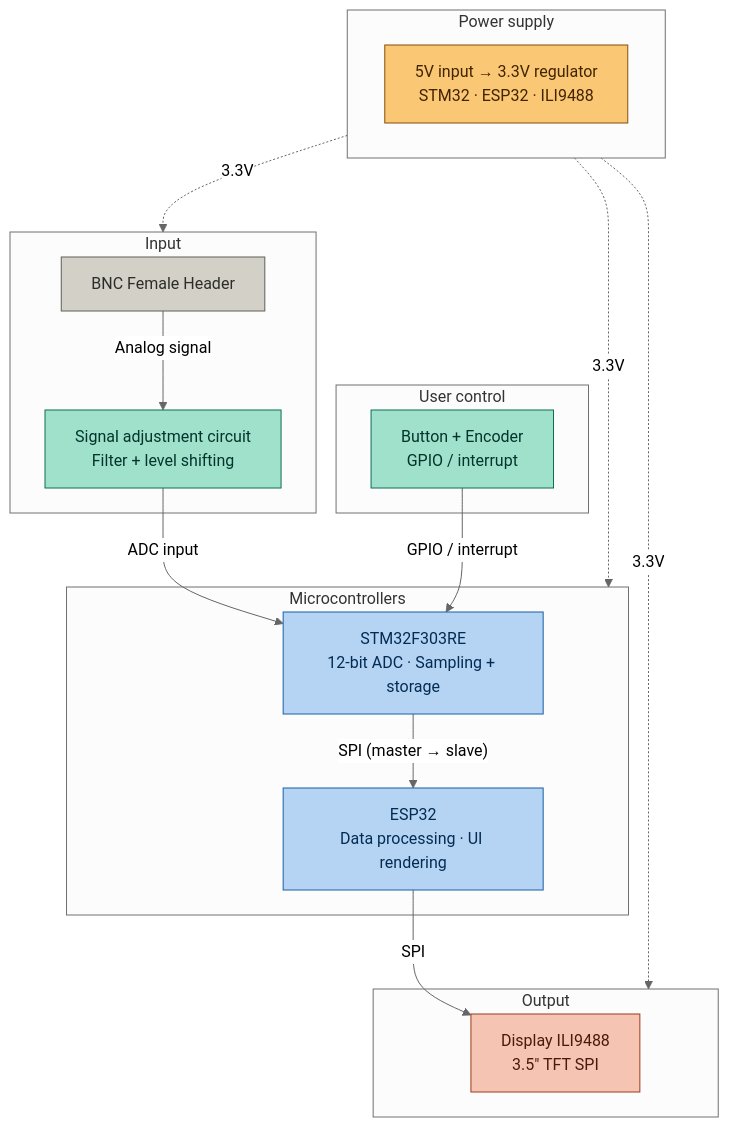
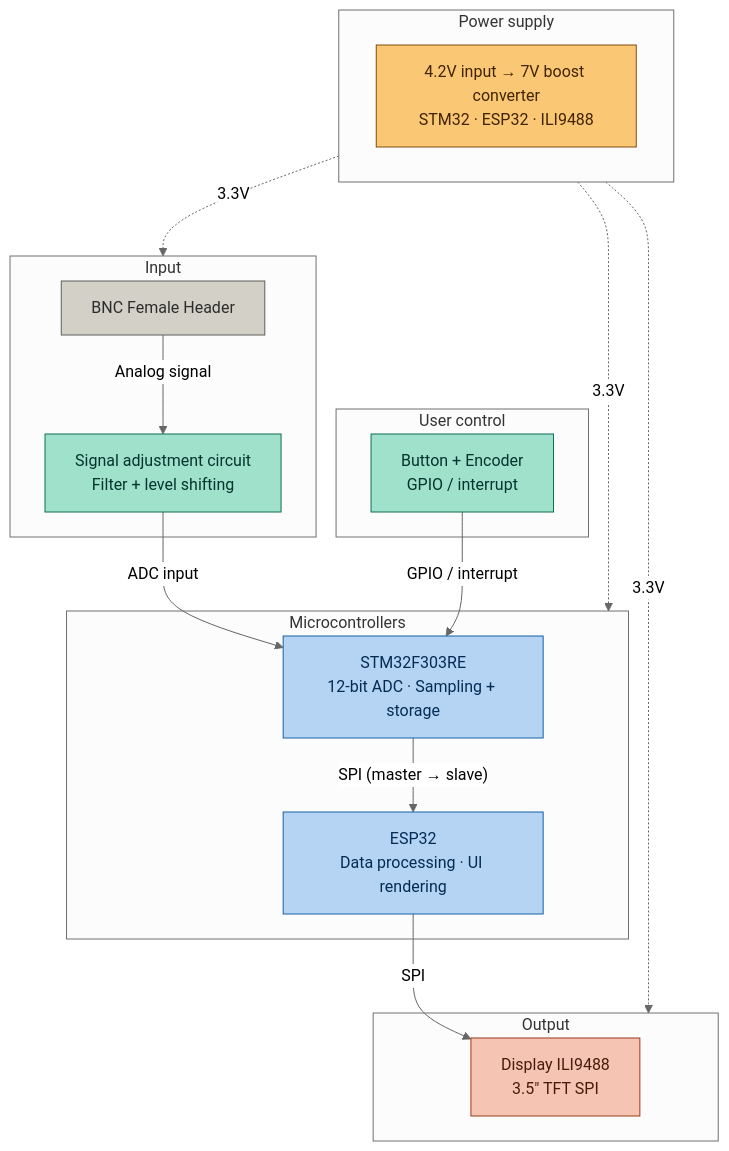
Before and after one commit to HonagF/HCMUS_ADC_Oscilloscope: the second of 2 diagrams in Block_diagram.md, drawn with Mermaid (neutral theme). The commit also changed other lines of this file, not shown here.

````diff
--- a/Block_diagram.md
+++ b/Block_diagram.md
@@ -27,41 +27,41 @@
 ```mermaid
 flowchart TB
     subgraph INPUT ["Input"]
         A["BNC Female Header"]
         B["Signal adjustment circuit\nFilter + level shifting"]
         A -->|"Analog signal"| B
     end
 
     subgraph MCU ["Microcontrollers"]
         C["STM32F303RE\n12-bit ADC · Sampling + storage"]
         D["ESP32\nData processing · UI rendering"]
         C -->|"SPI (master → slave)"| D
     end
 
     subgraph OUTPUT ["Output"]
         E["Display ILI9488\n3.5&quot; TFT SPI"]
     end
 
     subgraph CTRL ["User control"]
         F["Button + Encoder\nGPIO / interrupt"]
     end
 
     subgraph PWR ["Power supply"]
-        P["5V input → 3.3V regulator\nSTM32 · ESP32 · ILI9488"]
+        P["4.2V input → 7V boost converter\nSTM32 · ESP32 · ILI9488"]
     end
 
     B      -->|"ADC input"| C
     D      -->|"SPI"| E
     F      -->|"GPIO / interrupt"| C
     PWR    -.->|"3.3V"| MCU
     PWR    -.->|"3.3V"| OUTPUT
     PWR    -.->|"3.3V"| INPUT
 
     style A fill:#D3D1C7,color:#2C2C2A,stroke:#5F5E5A
     style B fill:#9FE1CB,color:#04342C,stroke:#0F6E56
     style C fill:#B5D4F4,color:#042C53,stroke:#185FA5
     style D fill:#B5D4F4,color:#042C53,stroke:#185FA5
     style E fill:#F5C4B3,color:#4A1B0C,stroke:#993C1D
     style F fill:#9FE1CB,color:#04342C,stroke:#0F6E56
     style P fill:#FAC775,color:#412402,stroke:#854F0B
 ```
````
